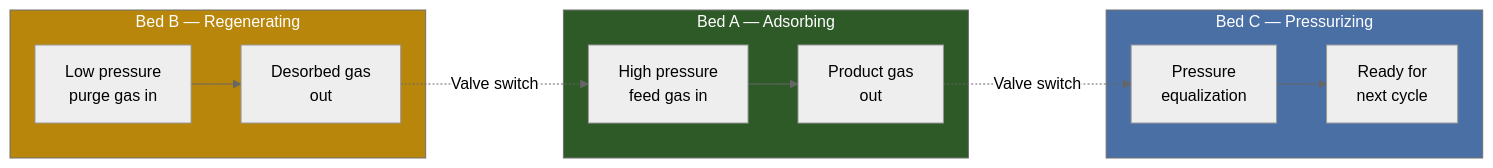
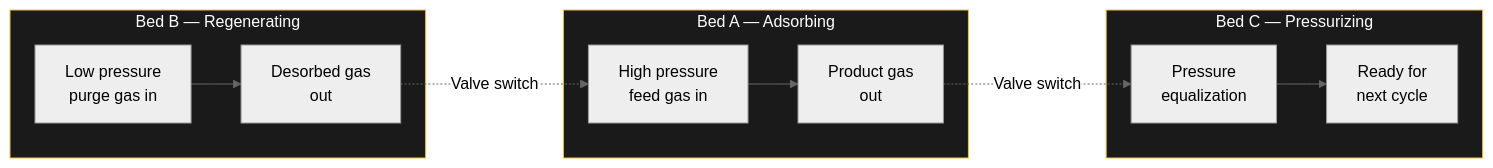
Before and after one commit to raulmina1/quartz-garden: the second of 2 diagrams in content/Engineering/PSA.md, drawn with Mermaid (neutral theme). The commit also changed other lines of this file and 13 other files, not shown here.

Commit message:
all 10 improvements: dark flowcharts, Plausible analytics, favicon, CNAME for domain, OG images already active

````diff
--- a/content/Engineering/PSA.md
+++ b/content/Engineering/PSA.md
@@ -62,19 +62,19 @@
 ```mermaid
 flowchart LR
     subgraph Bed_A[Bed A — Adsorbing]
         A1[High pressure<br/>feed gas in] --> A2[Product gas<br/>out]
     end
     subgraph Bed_B[Bed B — Regenerating]
         B1[Low pressure<br/>purge gas in] --> B2[Desorbed gas<br/>out]
     end
     subgraph Bed_C[Bed C — Pressurizing]
         C1[Pressure<br/>equalization] --> C2[Ready for<br/>next cycle]
     end
     
     A2 -.->|Valve switch| C1
     B2 -.->|Valve switch| A1
     
-    style Bed_A fill:#2d5a27,color:#fff
-    style Bed_B fill:#b8860b,color:#fff
-    style Bed_C fill:#4a6fa5,color:#fff
+    style Bed_A fill:#1a1a1a,stroke:#f0c040,color:#fff
+    style Bed_B fill:#1a1a1a,stroke:#f0c040,color:#fff
+    style Bed_C fill:#1a1a1a,stroke:#f0c040,color:#fff
 ```
````
